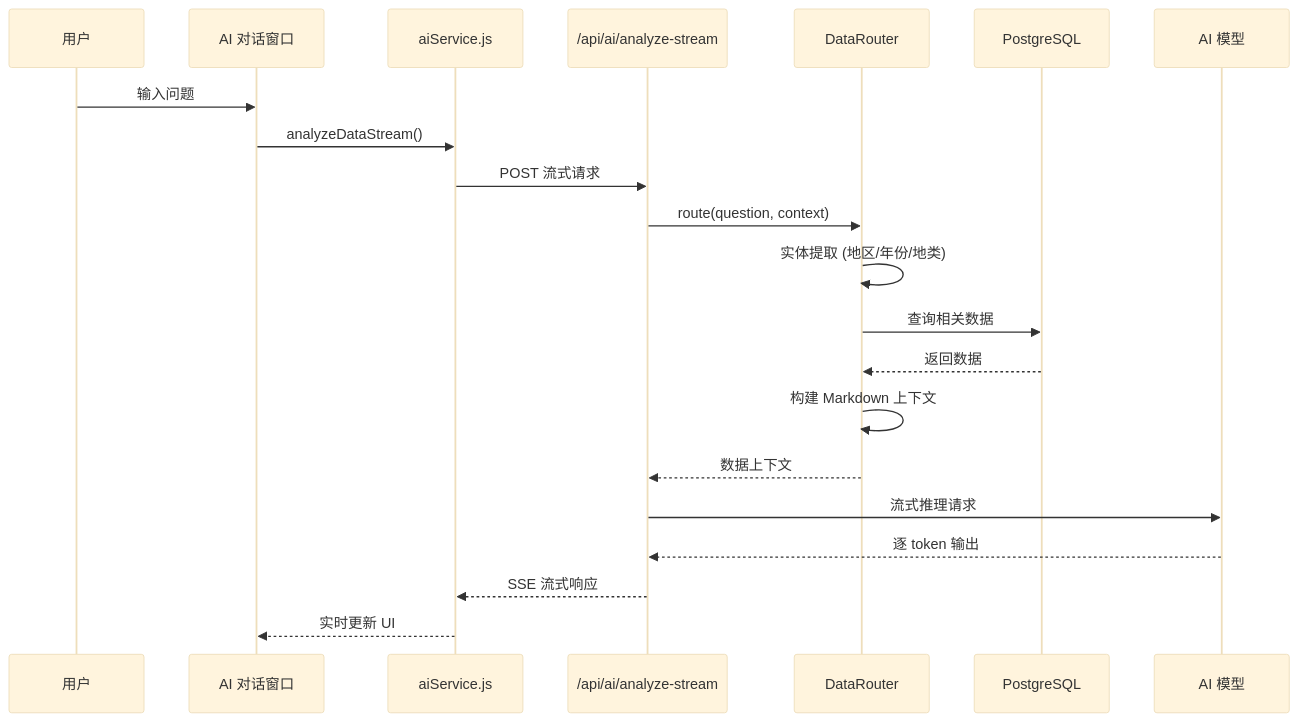
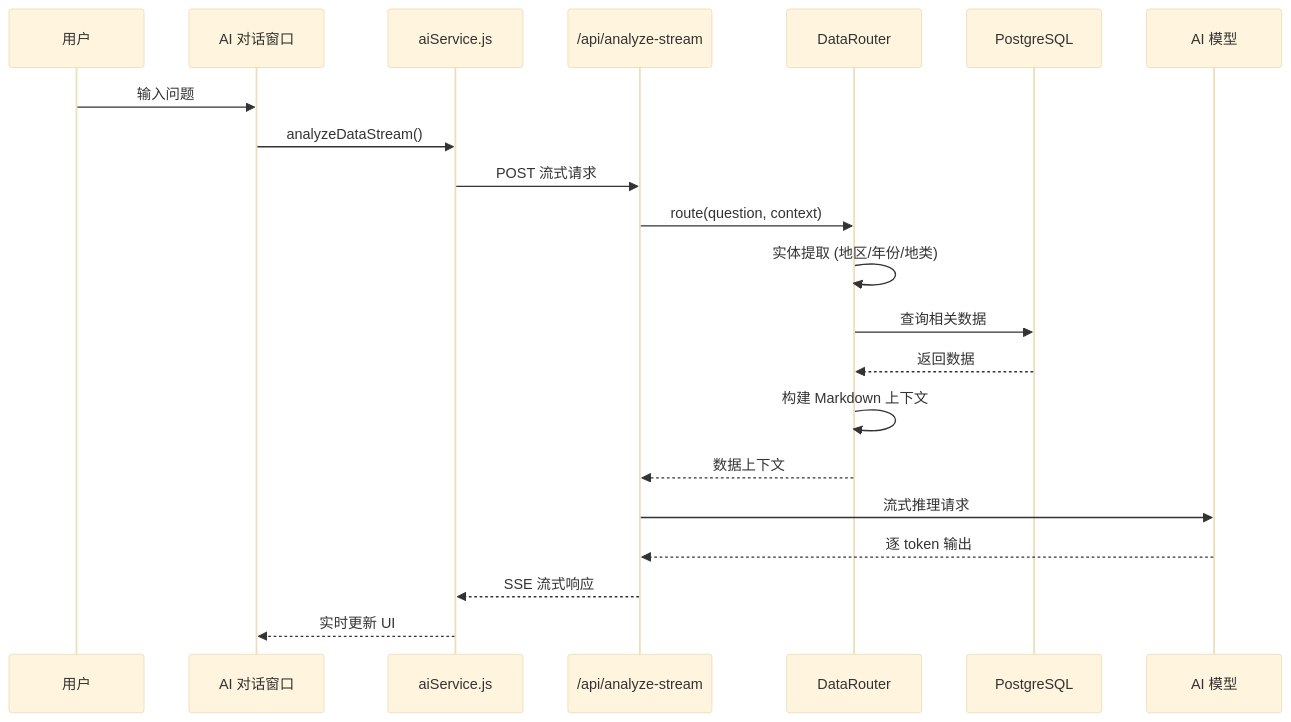
One commit to Regenerate334/www.yunnanlucc.xyz changed the second of 2 diagrams in README.md. Above: the diagram before and after it, drawn with Mermaid (base theme). The commit also changed other lines of this file, not shown here.

````diff
--- a/README.md
+++ b/README.md
@@ -164,24 +175,24 @@
 ```mermaid
 sequenceDiagram
     participant User as 用户
     participant Modal as AI 对话窗口
     participant Service as aiService.js
-    participant API as /api/ai/analyze-stream
+    participant API as /api/analyze-stream
     participant Router as DataRouter
     participant DB as PostgreSQL
     participant Ollama as AI 模型
 
     User->>Modal: 输入问题
     Modal->>Service: analyzeDataStream()
     Service->>API: POST 流式请求
     API->>Router: route(question, context)
     Router->>Router: 实体提取 (地区/年份/地类)
     Router->>DB: 查询相关数据
     DB-->>Router: 返回数据
     Router->>Router: 构建 Markdown 上下文
     Router-->>API: 数据上下文
     API->>Ollama: 流式推理请求
     Ollama-->>API: 逐 token 输出
     API-->>Service: SSE 流式响应
     Service-->>Modal: 实时更新 UI
 ```
````
